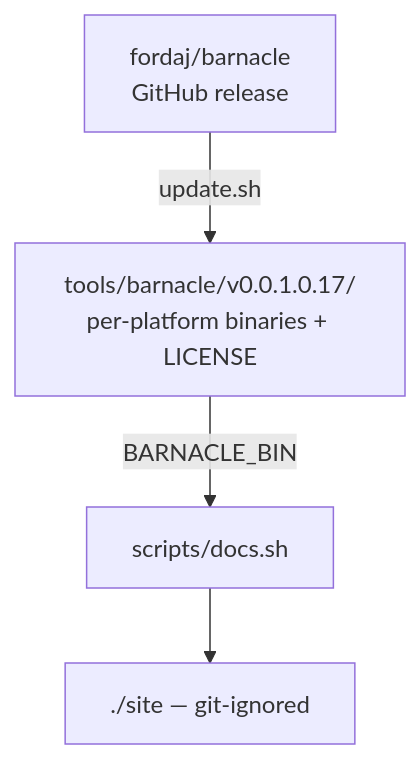
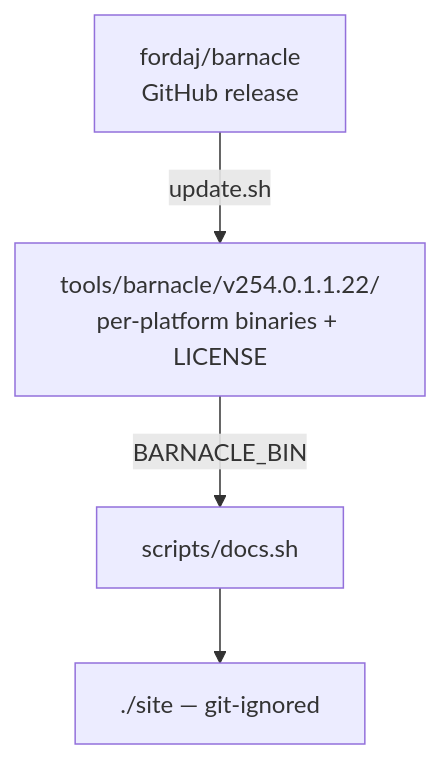
One commit to fordaj/formattington changed the diagram in tools/barnacle/update.sh.md. Above: the diagram before and after it, drawn with Mermaid. The commit also changed other lines of this file and 124 other files, not shown here.

````diff
--- a/tools/barnacle/update.sh.md
+++ b/tools/barnacle/update.sh.md
@@ -3,7 +3,7 @@
 ```mermaid
 flowchart TD
-    Release[fordaj/barnacle<br/>GitHub release] -->|update.sh| Bundle[tools/barnacle/v0.0.1.0.17/<br/>per-platform binaries + LICENSE]
+    Release[fordaj/barnacle<br/>GitHub release] -->|update.sh| Bundle[tools/barnacle/v254.0.1.1.22/<br/>per-platform binaries + LICENSE]
     Bundle -->|BARNACLE_BIN| Docs[scripts/docs.sh]
     Docs --> Site[./site — git-ignored]
     click Docs href "../../scripts/docs.sh.md"
 ```
````
